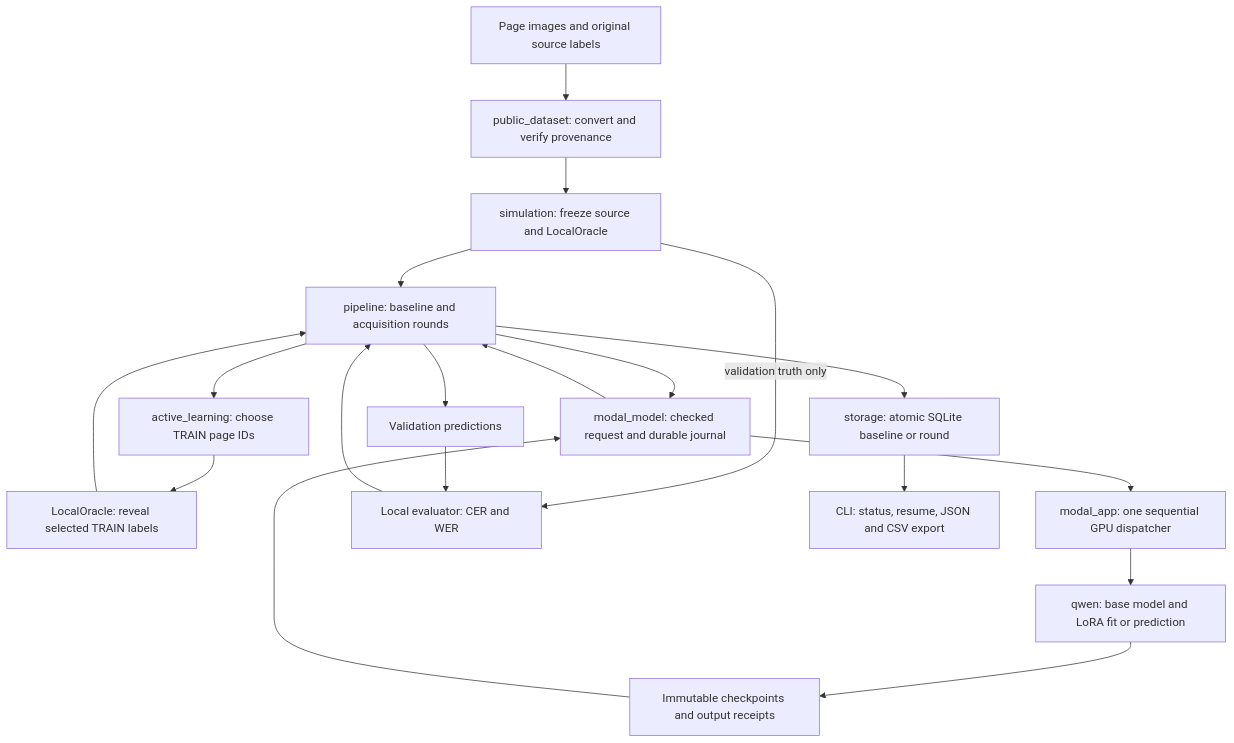
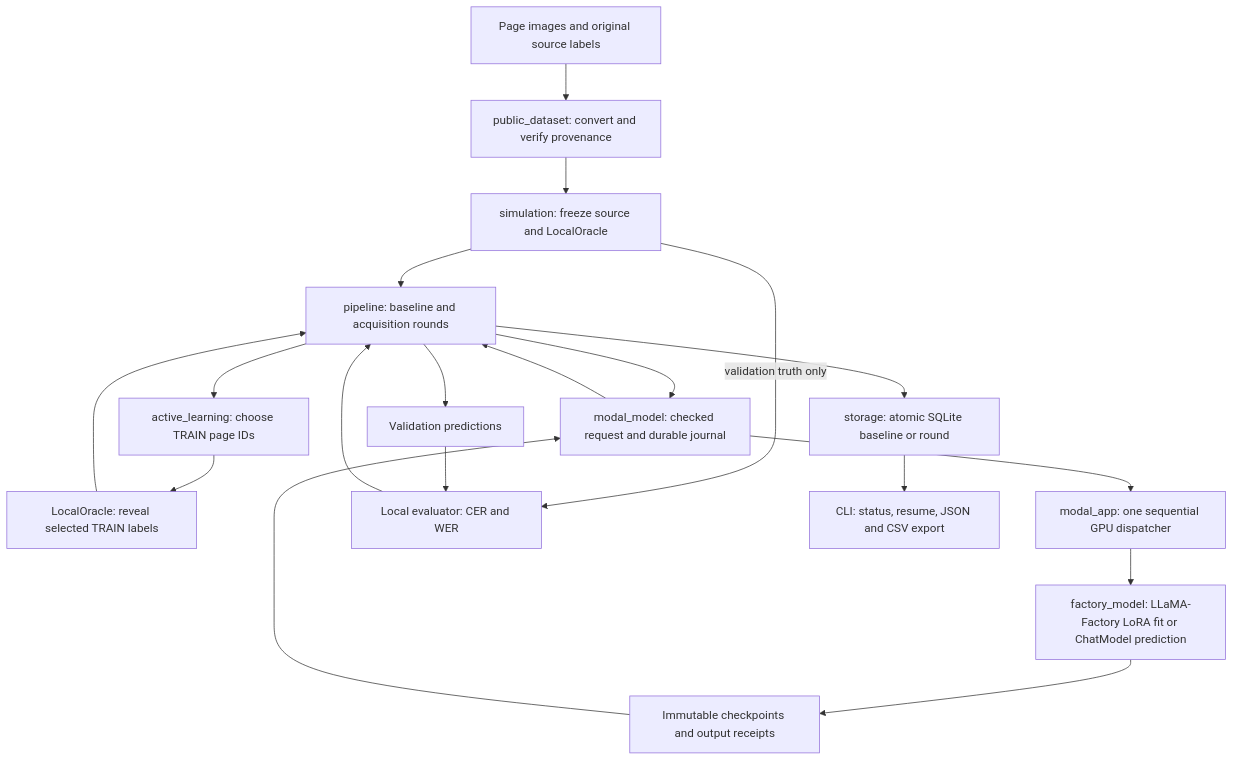
The diagram in docs/PROJECT_GUIDE.md (bbryant824/ocr-finetuning), drawn with Mermaid before and after one commit. The commit also changed other lines of this file and 26 other files, not shown here.

Commit message:
Replace custom OCR runtime with verified LLaMA-Factory boundary

````diff
--- a/docs/PROJECT_GUIDE.md
+++ b/docs/PROJECT_GUIDE.md
@@ -142,21 +150,21 @@
 ```mermaid
 flowchart TD
     A[Page images and original source labels] --> B[public_dataset: convert and verify provenance]
     B --> C[simulation: freeze source and LocalOracle]
     C --> D[pipeline: baseline and acquisition rounds]
     D --> E[active_learning: choose TRAIN page IDs]
     E --> F[LocalOracle: reveal selected TRAIN labels]
     F --> D
     D --> G[modal_model: checked request and durable journal]
     G --> H[modal_app: one sequential GPU dispatcher]
-    H --> I[qwen: base model and LoRA fit or prediction]
+    H --> I[factory_model: LLaMA-Factory LoRA fit or ChatModel prediction]
     I --> J[Immutable checkpoints and output receipts]
     J --> G
     G --> D
     D --> K[Validation predictions]
     C -->|validation truth only| L[Local evaluator: CER and WER]
     K --> L
     L --> D
     D --> M[storage: atomic SQLite baseline or round]
     M --> N[CLI: status, resume, JSON and CSV export]
 ```
````
